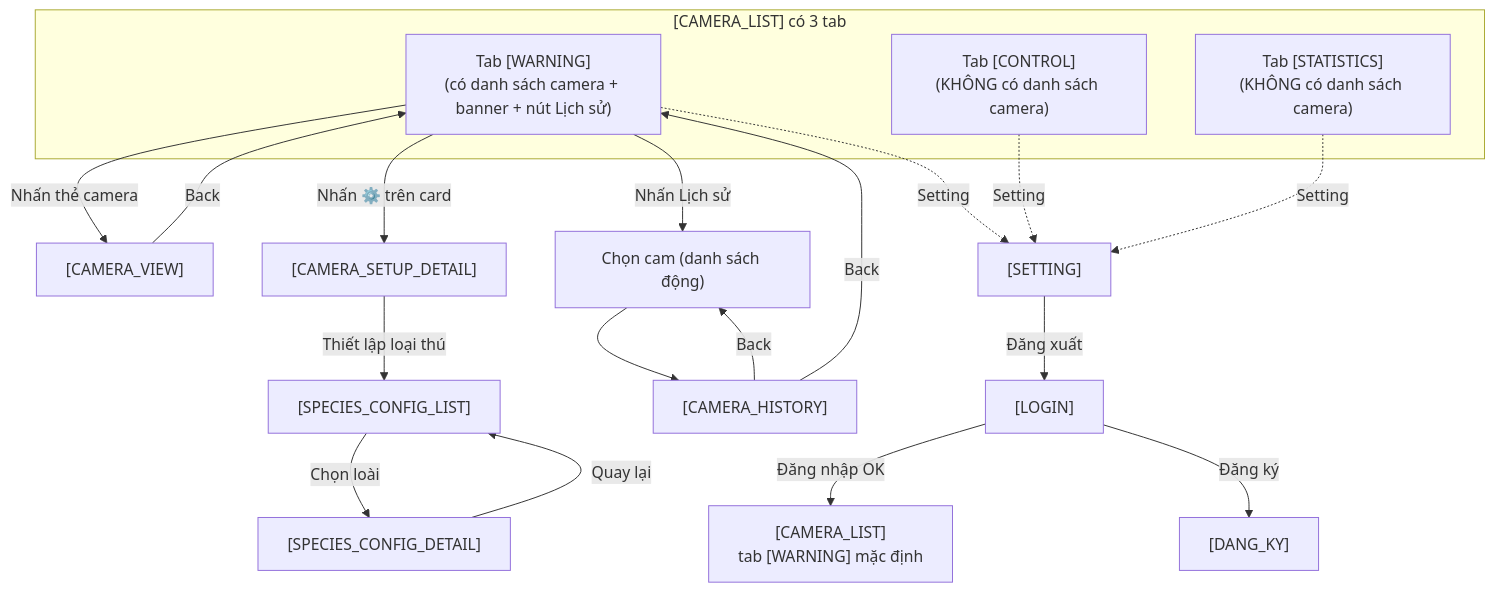
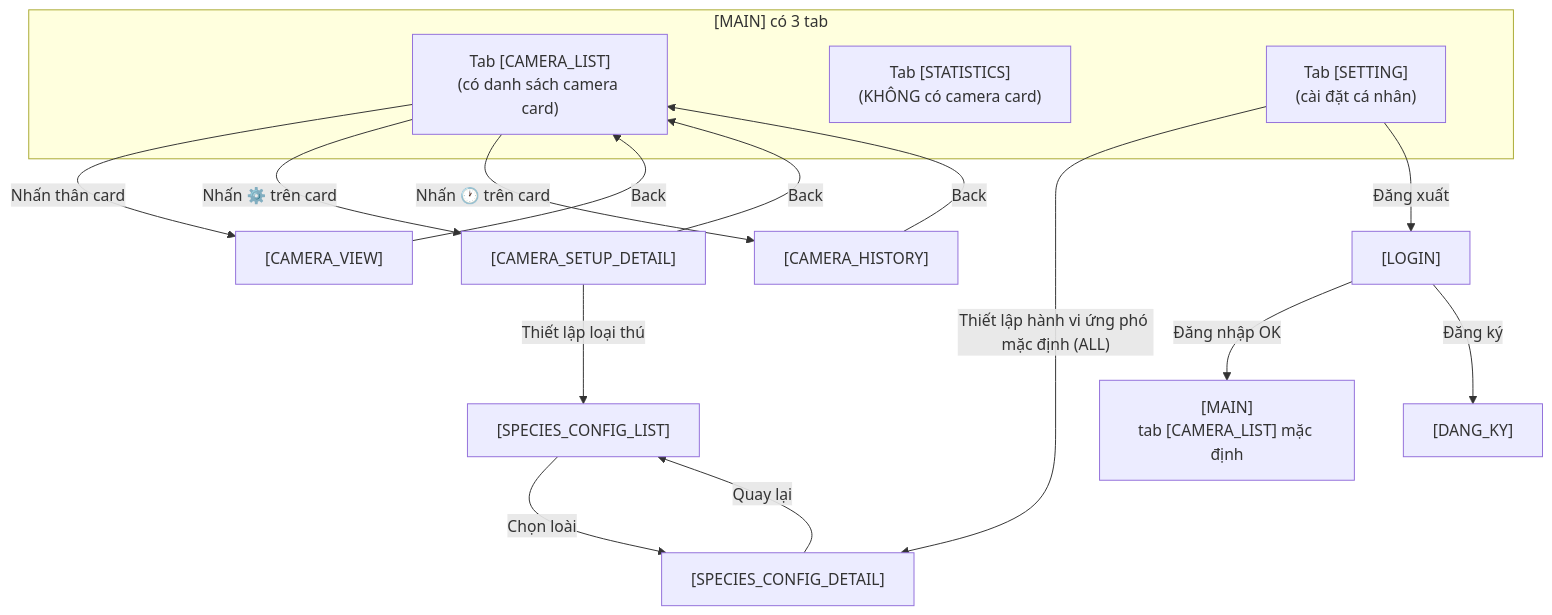
One commit to trungnguyenthien/Wildlife-Warning-and-Deterrence-System changed the diagram in outputs/dac-ta-man-hinh-android-app.md. Above: the diagram before and after it, drawn with Mermaid. The commit also changed other lines of this file, not shown here.

Commit message:
docs: update Android app documentation to reflect changes in tab structure and functionality

````diff
--- a/outputs/dac-ta-man-hinh-android-app.md
+++ b/outputs/dac-ta-man-hinh-android-app.md
@@ -332,30 +354,29 @@
 ```mermaid
 flowchart TD
-    Login["[LOGIN]"] -->|"Đăng nhập OK"| CamList["[CAMERA_LIST]<br/>tab [WARNING] mặc định"]
+    Login["[LOGIN]"] -->|"Đăng nhập OK"| Main["[MAIN]<br/>tab [CAMERA_LIST] mặc định"]
     Login -->|"Đăng ký"| Reg["[DANG_KY]"]
 
-    %% Trong [CAMERA_LIST] chỉ tab [WARNING] mới có danh sách camera
-    subgraph TabList["[CAMERA_LIST] có 3 tab"]
-        TabW["Tab [WARNING]<br/>(có danh sách camera + banner + nút Lịch sử)"]
-        TabC["Tab [CONTROL]<br/>(KHÔNG có danh sách camera)"]
-        TabS["Tab [STATISTICS]<br/>(KHÔNG có danh sách camera)"]
+    %% Trong [MAIN] chỉ tab [CAMERA_LIST] mới có danh sách camera
+    subgraph MainTabs["[MAIN] có 3 tab"]
+        TabCL["Tab [CAMERA_LIST]<br/>(có danh sách camera card)"]
+        TabS["Tab [STATISTICS]<br/>(KHÔNG có camera card)"]
+        TabSet["Tab [SETTING]<br/>(cài đặt cá nhân)"]
     end
 
-    %% Từ tab WARNING (chỗ có danh sách camera + nút Lịch sử)
-    TabW -->|"Nhấn thẻ camera"| CamView["[CAMERA_VIEW]"]
-    TabW -->|"Nhấn ⚙️ trên card"| SetupDetail["[CAMERA_SETUP_DETAIL]"]
-    TabW -->|"Nhấn Lịch sử"| HistPick["Chọn cam (danh sách động)"]
-    HistPick --> CamHistory["[CAMERA_HISTORY]"]
+    %% Mỗi card có 3 điều khiển (thân card, ⚙️, 🕐) — nhảy thẳng vào màn tương ứng
+    TabCL -->|"Nhấn thân card"| CamView["[CAMERA_VIEW]"]
+    TabCL -->|"Nhấn ⚙️ trên card"| SetupDetail["[CAMERA_SETUP_DETAIL]"]
+    TabCL -->|"Nhấn 🕐 trên card"| CamHistory["[CAMERA_HISTORY]"]
 
     %% Back navigation
-    CamView -->|"Back"| TabW
-    CamHistory -->|"Back"| HistPick
-    CamHistory -->|"Back"| TabW
+    CamView -->|"Back"| TabCL
+    CamHistory -->|"Back"| TabCL
+    SetupDetail -->|"Back"| TabCL
     SetupDetail -->|"Thiết lập loại thú"| SpList["[SPECIES_CONFIG_LIST]"]
     SpList -->|"Chọn loài"| SpDetail["[SPECIES_CONFIG_DETAIL]"]
     SpDetail -->|"Quay lại"| SpList
 
-    %% Tới setting
-    TabW & TabC & TabS -.->|"Setting"| Setting["[SETTING]"]
-    Setting -->|"Đăng xuất"| Login
+    %% Tab SETTING: đăng xuất trực tiếp; cấu hình ứng phó mặc định → SPECIES_CONFIG_DETAIL (scope "ALL")
+    TabSet -->|"Thiết lập hành vi ứng phó mặc định (ALL)"| SpDetail
+    TabSet -->|"Đăng xuất"| Login
 ```
````
